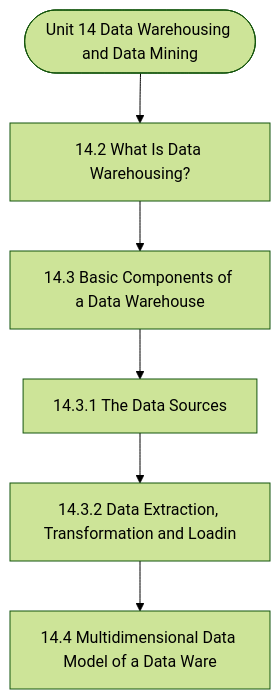
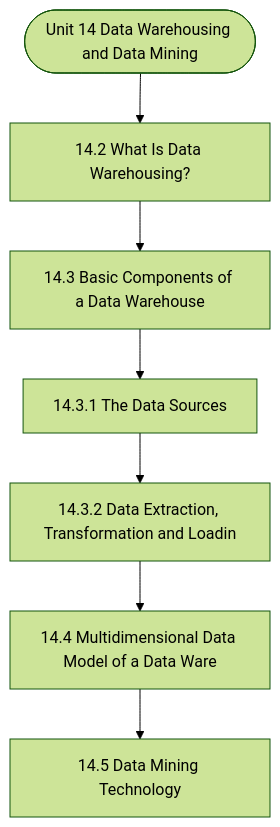
One commit to Asutosh-Coaching/mscdsa changed the diagram in notes/Semester_1/MCS-207_Database_Management_Systems/unit_14_Data_Warehousing_and_Data_Mining.md. Above: the diagram before and after it, drawn with Mermaid (forest theme). The commit also changed other lines of this file and 116 other files, not shown here.

````diff
--- a/notes/Semester_1/MCS-207_Database_Management_Systems/unit_14_Data_Warehousing_and_Data_Mining.md
+++ b/notes/Semester_1/MCS-207_Database_Management_Systems/unit_14_Data_Warehousing_and_Data_Mining.md
@@ -19,14 +19,16 @@
 ```mermaid
 flowchart TD
   Start(["Unit 14 Data Warehousing and Data Mining"])
   N1["14.2 What Is Data Warehousing?"]
   N2["14.3 Basic Components of a Data Warehouse"]
   N3["14.3.1 The Data Sources"]
   N4["14.3.2 Data Extraction, Transformation and Loadin"]
   N5["14.4 Multidimensional Data Model of a Data Ware"]
+  N6["14.5 Data Mining Technology"]
   Start --> N1
   N1 --> N2
   N2 --> N3
   N3 --> N4
   N4 --> N5
+  N5 --> N6
 ```
````
